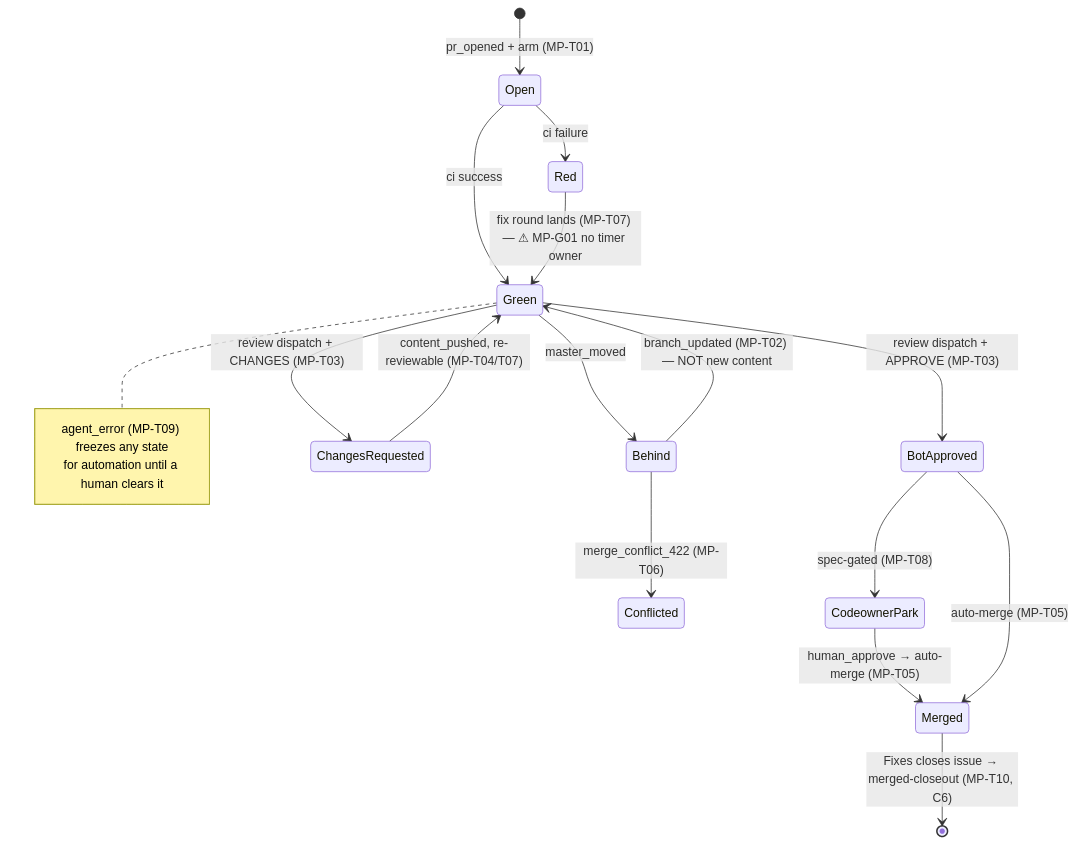
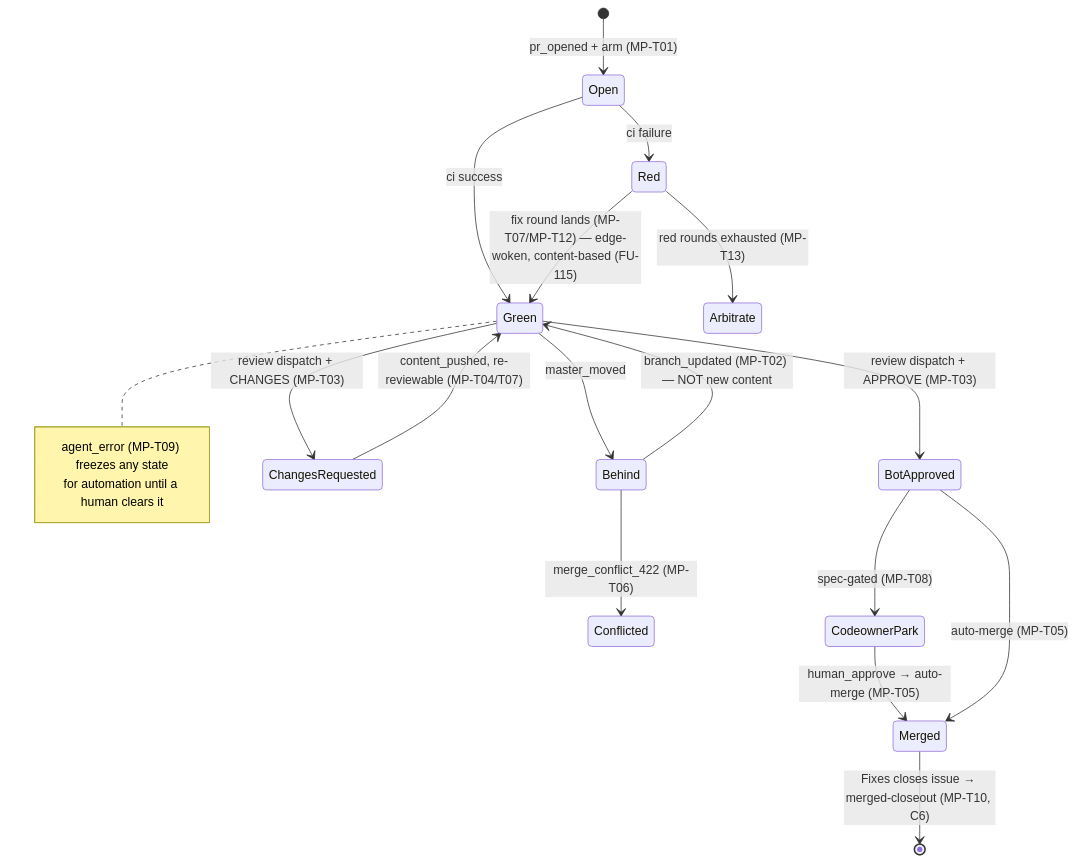
One commit to teststuffstash/homelab changed the diagram in docs/agents/merge-path-fsm.md. Above: the diagram before and after it, drawn with Mermaid. The commit also changed other lines of this file and 6 other files, not shown here.

First line of the commit message:
FU-115: red merge-path edge + exhaustion — content-based ci-red clause, exporter red-doorbell, Red→arbitrate (MP-T13)

````diff
--- a/docs/agents/merge-path-fsm.md
+++ b/docs/agents/merge-path-fsm.md
@@ -9,21 +9,22 @@
 ```mermaid
 stateDiagram-v2
     [*] --> Open: pr_opened + arm (MP-T01)
     Open --> Green: ci success
     Open --> Red: ci failure
-    Red --> Green: fix round lands (MP-T07) — ⚠ MP-G01 no timer owner
+    Red --> Green: fix round lands (MP-T07/MP-T12) — edge-woken, content-based (FU-115)
+    Red --> Arbitrate: red rounds exhausted (MP-T13)
     Green --> Behind: master_moved
     Behind --> Green: branch_updated (MP-T02) — NOT new content
     Behind --> Conflicted: merge_conflict_422 (MP-T06)
     Green --> BotApproved: review dispatch + APPROVE (MP-T03)
     Green --> ChangesRequested: review dispatch + CHANGES (MP-T03)
     ChangesRequested --> Green: content_pushed, re-reviewable (MP-T04/T07)
     BotApproved --> CodeownerPark: spec-gated (MP-T08)
     CodeownerPark --> Merged: human_approve → auto-merge (MP-T05)
     BotApproved --> Merged: auto-merge (MP-T05)
     Merged --> [*]: Fixes closes issue → merged-closeout (MP-T10, C6)
     note right of Green
         agent_error (MP-T09) freezes any state
         for automation until a human clears it
     end note
 ```
````
